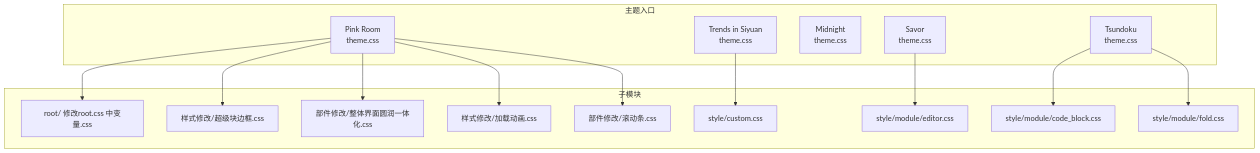
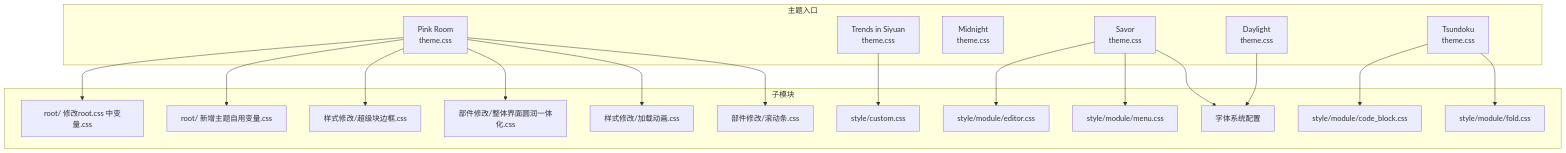
Before and after one commit to terwer/siyuan-plugin-blog: the second of 8 diagrams in .qoder/repowiki/zh/content/核心功能/主题系统/自定义主题开发/主题定制实例.md, drawn with Mermaid. The commit also changed other lines of this file and 6 other files, not shown here.

Commit message:
docs(zh): update theme guide with CSS props & devProd script

````diff
--- a/.qoder/repowiki/zh/content/核心功能/主题系统/自定义主题开发/主题定制实例.md
+++ b/.qoder/repowiki/zh/content/核心功能/主题系统/自定义主题开发/主题定制实例.md
@@ -94,30 +108,38 @@
 ```mermaid
 graph TB
 subgraph "主题入口"
 T1["Pink Room<br/>theme.css"]
 T2["Trends in Siyuan<br/>theme.css"]
 T3["Midnight<br/>theme.css"]
 T4["Savor<br/>theme.css"]
 T5["Tsundoku<br/>theme.css"]
+T6["Daylight<br/>theme.css"]
 end
 subgraph "子模块"
 R1["root/ 修改root.css 中变量.css"]
+R2["root/ 新增主题自用变量.css"]
 M1["样式修改/超级块边框.css"]
 M2["部件修改/整体界面圆润一体化.css"]
 M3["样式修改/加载动画.css"]
 M4["部件修改/滚动条.css"]
 C1["style/custom.css"]
 E1["style/module/editor.css"]
+MNU["style/module/menu.css"]
+F1["字体系统配置"]
 CB["style/module/code_block.css"]
 FD["style/module/fold.css"]
 end
 T1 --> R1
+T1 --> R2
 T1 --> M1
 T1 --> M2
 T1 --> M3
 T1 --> M4
 T2 --> C1
 T4 --> E1
+T4 --> MNU
+T4 --> F1
 T5 --> CB
 T5 --> FD
+T6 --> F1
 ```
````
